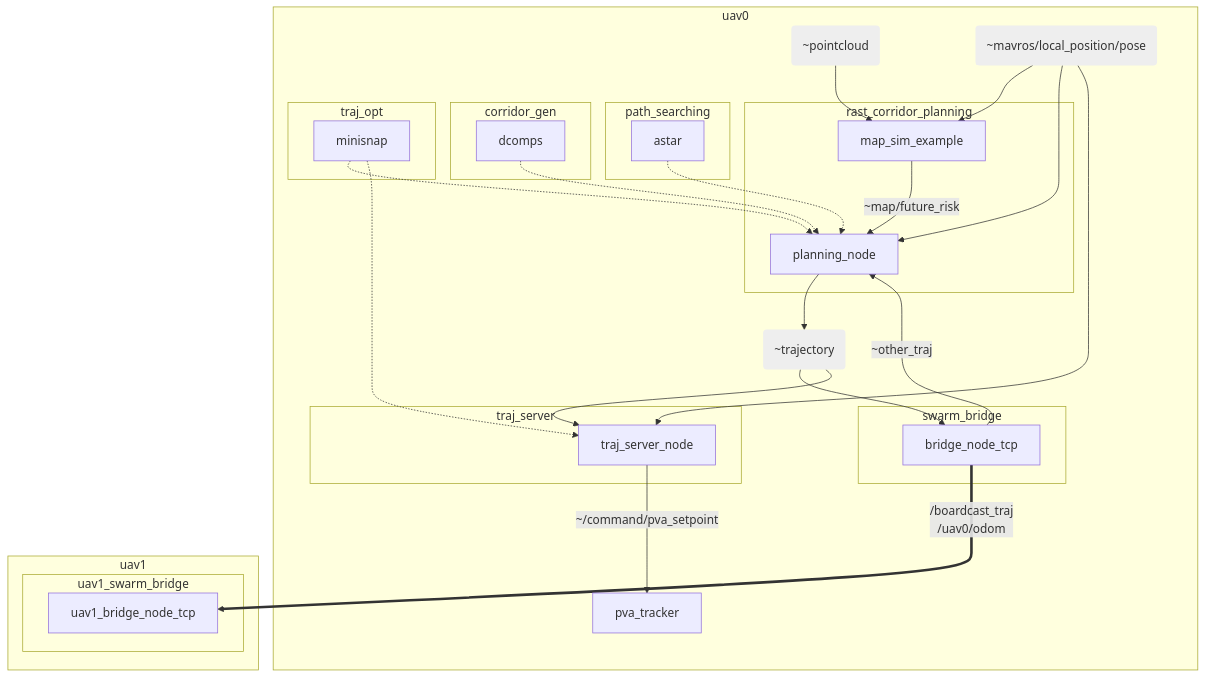
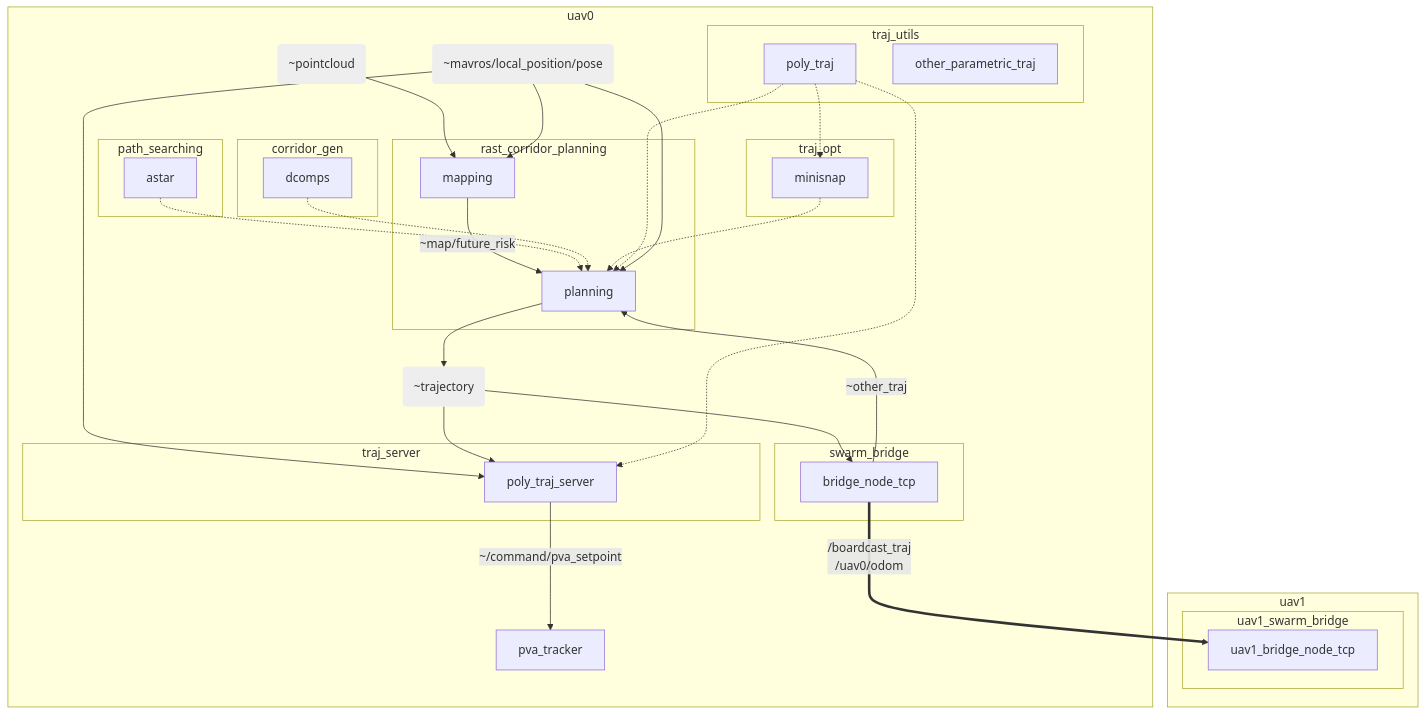
One commit to edmundwsy/RAST_corridor_planning changed the first of 2 diagrams in README.md. Above: the diagram before and after it, drawn with Mermaid. The commit also changed other lines of this file and 7 other files, not shown here.

````diff
--- a/README.md
+++ b/README.md
@@ -27,53 +29,61 @@
 ```mermaid
 graph TD
+
+  subgraph uav1
+    subgraph uav1_swarm_bridge
+      uav1_bridge_node_tcp
+    end
+  end
+
   subgraph uav0
     subgraph rast_corridor_planning
-      map_sim_example --"~map/future_risk"--> planning_node
+      mapping --"~map/future_risk"--> planning
     end
 
     subgraph path_searching
-      astar -.-> planning_node
+      astar -.-> planning
     end
 
     subgraph swarm_bridge
     bridge_node_tcp 
     end
 
     subgraph corridor_gen
-    dcomps -.-> planning_node
+    dcomps -.-> planning
     end
 
     subgraph traj_opt
-    minisnap -.-> planning_node
+    minisnap -.-> planning
+    end
+
+    subgraph traj_server
+    poly_traj_server
     end
     
-    subgraph traj_server
-    traj_server_node
+    subgraph traj_utils
+    poly_traj -.-> minisnap
+    poly_traj -.-> planning
+    other_parametric_traj
     end
 
-    C("~pointcloud")-->map_sim_example
+    C("~pointcloud")-->mapping
       style C fill:#eee,stroke:#333,stroke-width:0px
     
-    I("~mavros/local_position/pose")-->map_sim_example
+    I("~mavros/local_position/pose")-->mapping
       style I fill:#eee,stroke:#333,stroke-width:0px
-    I-->planning_node
-    I-->traj_server_node
+    I-->planning
+    I-->poly_traj_server
 
     T("~trajectory")-->bridge_node_tcp
-    T-->traj_server_node
-    planning_node-->T
+    T-->poly_traj_server
+    planning-->T
       style T fill:#eee,stroke:#333,stroke-width:0px
 
-    bridge_node_tcp --"~other_traj"--> planning_node
-    minisnap -.-> traj_server_node
-    traj_server_node --"~/command/pva_setpoint"-->pva_tracker
+    bridge_node_tcp --"~other_traj"--> planning
+    poly_traj -.-> poly_traj_server
+    poly_traj_server --"~/command/pva_setpoint"-->pva_tracker
   end
 
-  subgraph uav1
-    subgraph uav1_swarm_bridge
-      uav1_bridge_node_tcp
-    end
-  end
 
   bridge_node_tcp =="/boardcast_traj<br>/uav0/odom"==> uav1_bridge_node_tcp
 ```
````
